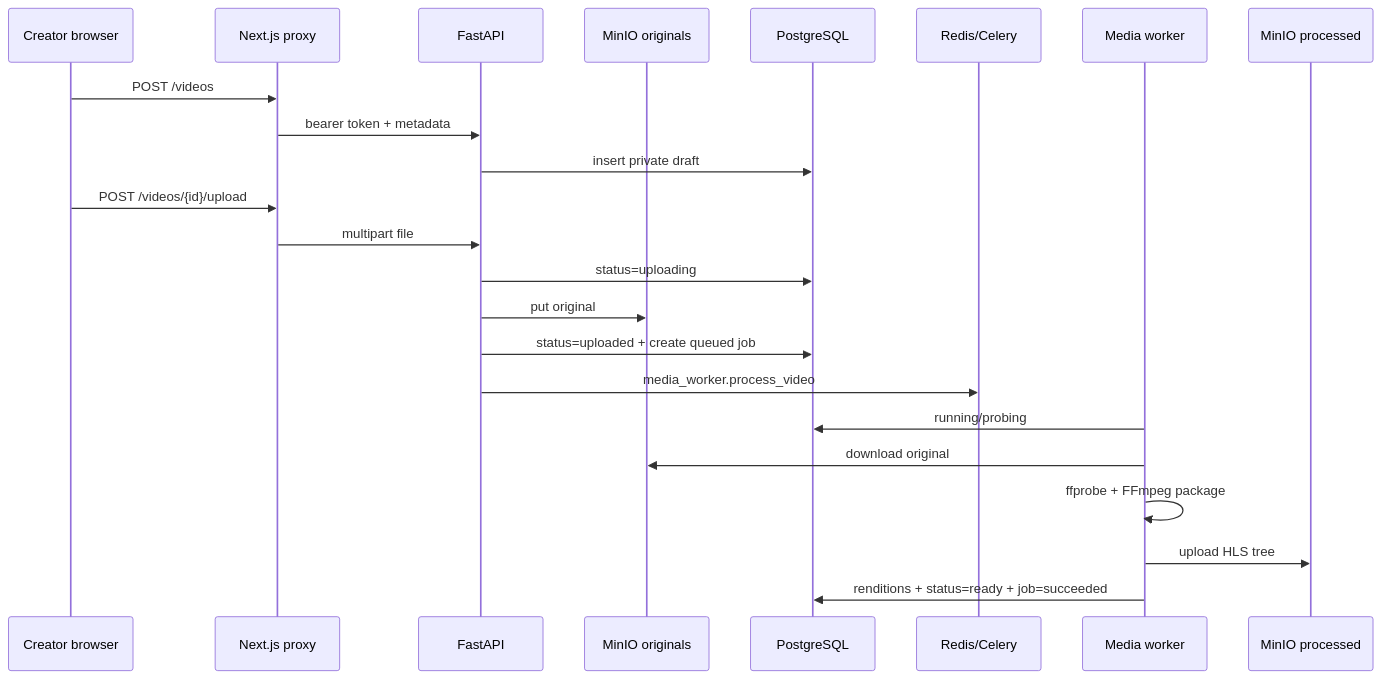
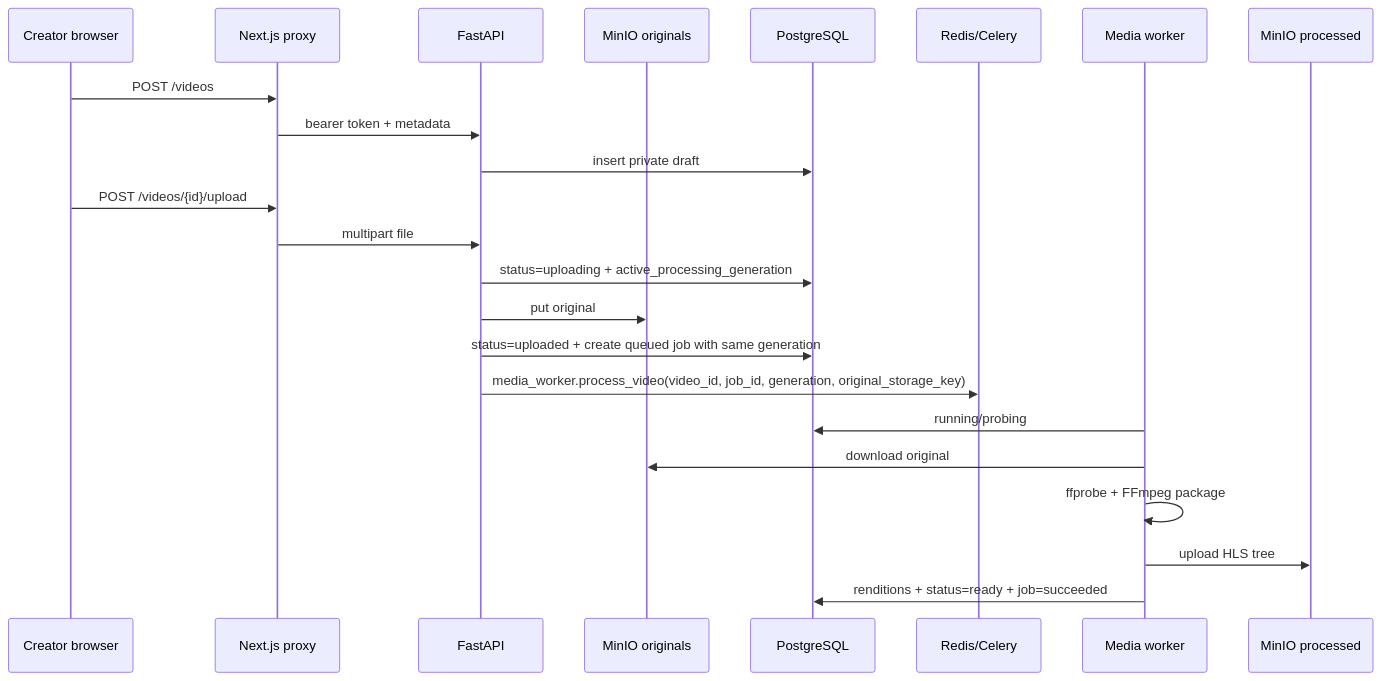
Before and after one commit to Zburgers/Atlas-Prime: the second of 3 diagrams in docs/PRODUCT_SPEC_AND_ENGINEERING_HANDBOOK.md, drawn with Mermaid. The commit also changed other lines of this file and 3 other files, not shown here.

````diff
--- a/docs/PRODUCT_SPEC_AND_ENGINEERING_HANDBOOK.md
+++ b/docs/PRODUCT_SPEC_AND_ENGINEERING_HANDBOOK.md
@@ -952,26 +948,26 @@
 ```mermaid
 sequenceDiagram
     participant U as Creator browser
     participant W as Next.js proxy
     participant A as FastAPI
     participant O as MinIO originals
     participant D as PostgreSQL
     participant R as Redis/Celery
     participant M as Media worker
     participant P as MinIO processed
 
     U->>W: POST /videos
     W->>A: bearer token + metadata
     A->>D: insert private draft
     U->>W: POST /videos/{id}/upload
     W->>A: multipart file
-    A->>D: status=uploading
+    A->>D: status=uploading + active_processing_generation
     A->>O: put original
-    A->>D: status=uploaded + create queued job
-    A->>R: media_worker.process_video
+    A->>D: status=uploaded + create queued job with same generation
+    A->>R: media_worker.process_video(video_id, job_id, generation, original_storage_key)
     M->>D: running/probing
     M->>O: download original
     M->>M: ffprobe + FFmpeg package
     M->>P: upload HLS tree
     M->>D: renditions + status=ready + job=succeeded
 ```
````
